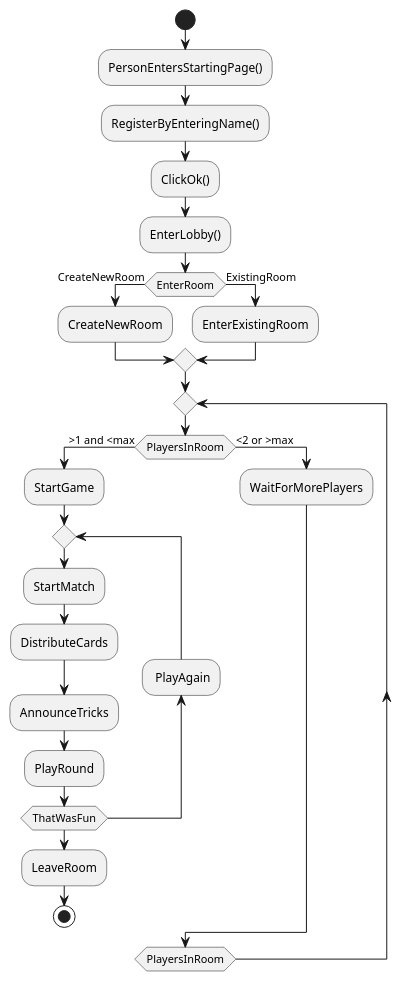
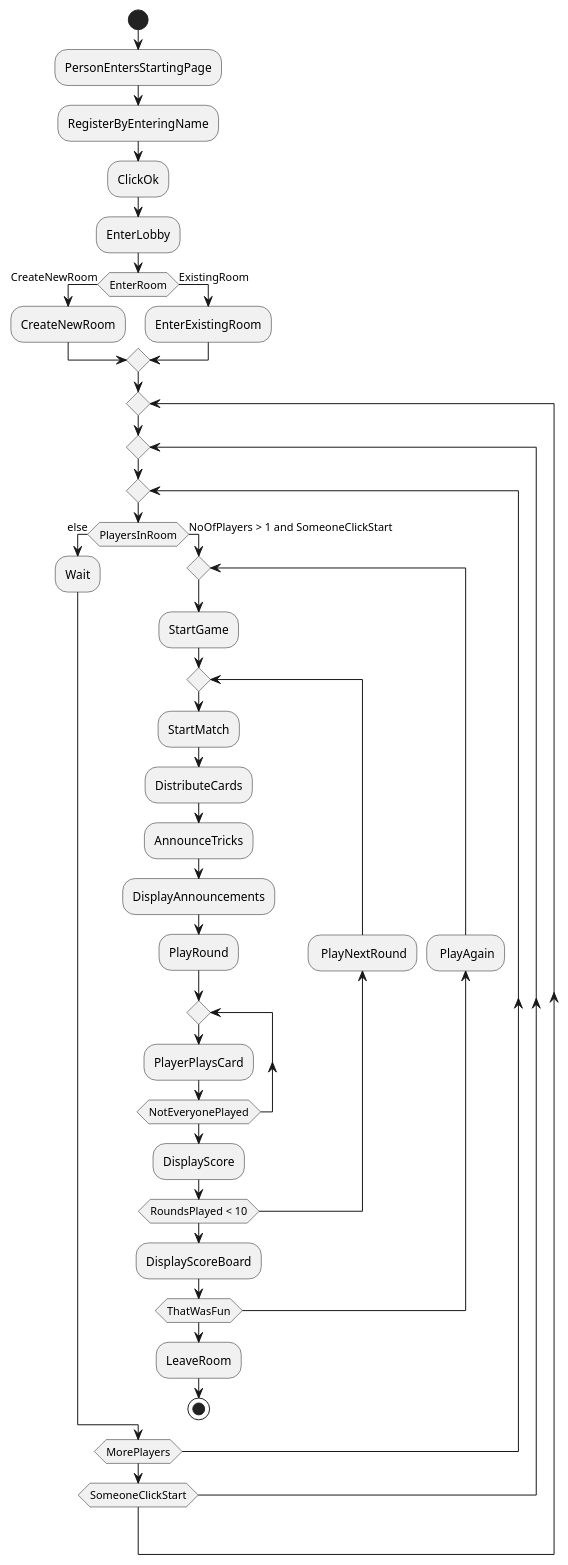
The diagram in src/doc/screw_your_neighbor_overall_workflow.puml (sopra-fs22-group-36/screw-your-neighbor-server), drawn with PlantUML before and after one commit.

```diff
--- a/src/doc/screw_your_neighbor_overall_workflow.puml
+++ b/src/doc/screw_your_neighbor_overall_workflow.puml
@@ -1,32 +1,43 @@
 @startuml
 'https://plantuml.com/activity-diagram-beta
 
 start
-:PersonEntersStartingPage();
-:RegisterByEnteringName();
-:ClickOk();
-:EnterLobby();
+:PersonEntersStartingPage;
+:RegisterByEnteringName;
+:ClickOk;
+:EnterLobby;
 if (EnterRoom) then (CreateNewRoom)
     :CreateNewRoom;
 else (ExistingRoom)
     :EnterExistingRoom;
 endif
 repeat
-    if(PlayersInRoom) then (>1 and <max)
+repeat
+repeat
+    if (PlayersInRoom) then (else)
+        :Wait;
+    else (NoOfPlayers > 1 and SomeoneClickStart)
+        repeat
         :StartGame;
         repeat
-        :StartMatch;
-        :DistributeCards;
-        :AnnounceTricks;
-        :PlayRound;
+            :StartMatch;
+            :DistributeCards;
+            :AnnounceTricks;
+            :DisplayAnnouncements;
+            :PlayRound;
+            repeat
+            :PlayerPlaysCard;
+            repeat while (NotEveryonePlayed)
+            :DisplayScore;
+            backward: PlayNextRound;
+        repeat while (RoundsPlayed < 10)
+        :DisplayScoreBoard;
         backward: PlayAgain;
         repeat while (ThatWasFun)
         :LeaveRoom;
         stop
-    else (<2 or >max)
-        :WaitForMorePlayers;
     endif
-repeat while (PlayersInRoom)
-
+repeat while (MorePlayers)
+repeat while (SomeoneClickStart)
 
 @enduml
```
